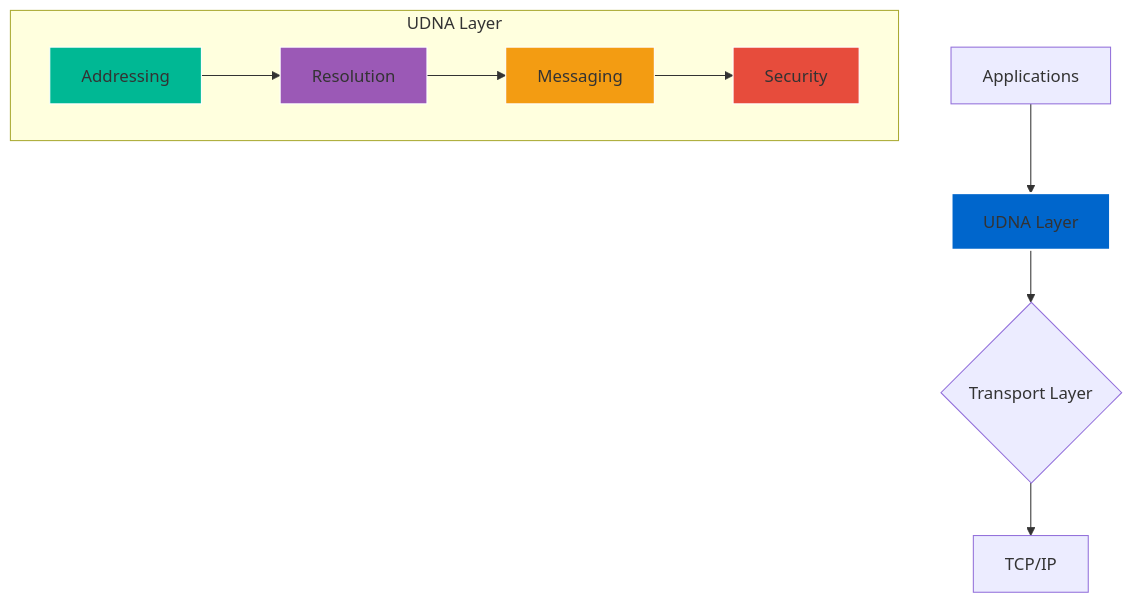
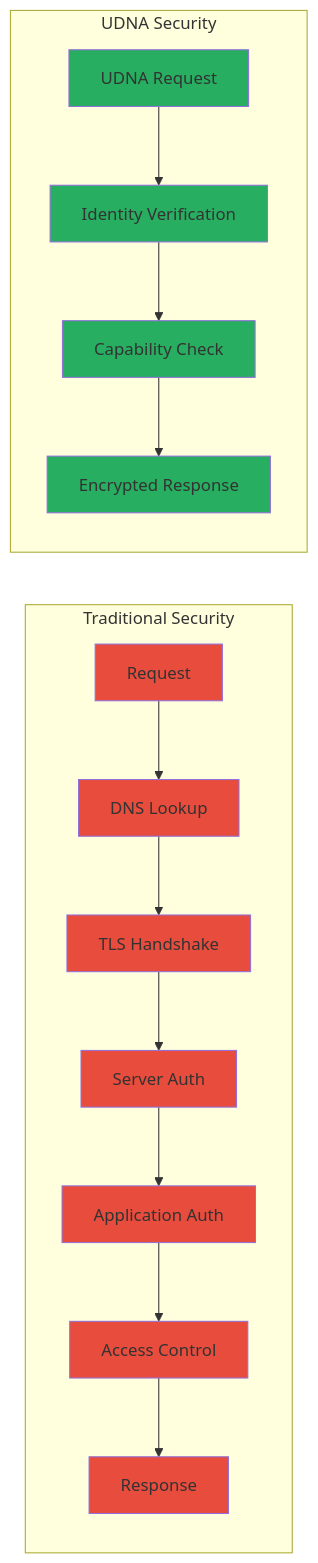
Before and after one commit to w3c-cg/udna: the third of 4 diagrams in README.md, drawn with Mermaid. The commit also changed other lines of this file, not shown here.

````diff
--- a/README.md
+++ b/README.md
@@ -94,23 +445,30 @@
 ```mermaid
-graph TB
-    A[Applications] --> B[UDNA Layer]
-    B --> C{Transport Layer}
-    C --> D[TCP/IP]
-    
-    subgraph "UDNA Layer"
-        B1[Addressing]
-        B2[Resolution]
-        B3[Messaging]
-        B4[Security]
-        
-        B1 --> B2
-        B2 --> B3
-        B3 --> B4
+graph LR
+    subgraph "Traditional Security"
+        A[Request] --> B[DNS Lookup]
+        B --> C[TLS Handshake]
+        C --> D[Server Auth]
+        D --> E[Application Auth]
+        E --> F[Access Control]
+        F --> G[Response]
     end
     
-    style B fill:#0066cc,stroke:#fff,stroke-width:2px
-    style B1 fill:#00b894,stroke:#fff
-    style B2 fill:#9b59b6,stroke:#fff
-    style B3 fill:#f39c12,stroke:#fff
-    style B4 fill:#e74c3c,stroke:#fff
+    subgraph "UDNA Security"
+        H[UDNA Request] --> I[Identity Verification]
+        I --> J[Capability Check]
+        J --> K[Encrypted Response]
+    end
+    
+    style A fill:#e74c3c
+    style B fill:#e74c3c
+    style C fill:#e74c3c
+    style D fill:#e74c3c
+    style E fill:#e74c3c
+    style F fill:#e74c3c
+    style G fill:#e74c3c
+    
+    style H fill:#27ae60
+    style I fill:#27ae60
+    style J fill:#27ae60
+    style K fill:#27ae60
 ```
````
